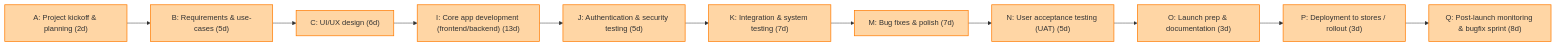
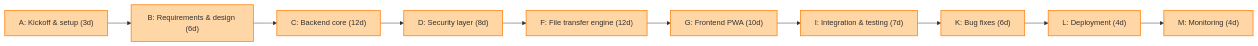
The first of 2 diagrams in Notes Factory/Semister 5/EDS/xp/EDS SLA 2.md (P7XCKD/NF), drawn with Mermaid before and after one commit. The commit also changed other lines of this file, not shown here.

````diff
--- a/Notes Factory/Semister 5/EDS/xp/EDS SLA 2.md
+++ b/Notes Factory/Semister 5/EDS/xp/EDS SLA 2.md
@@ -77,21 +48,18 @@
 ```mermaid
 flowchart LR
-  A["A: Project kickoff & planning (2d)"]
-  B["B: Requirements & use-cases (5d)"]
-  C["C: UI/UX design (6d)"]
-  I["I: Core app development (frontend/backend) (13d)"]
-  J["J: Authentication & security testing (5d)"]
-  K["K: Integration & system testing (7d)"]
-  M["M: Bug fixes & polish (7d)"]
-  N["N: User acceptance testing (UAT) (5d)"]
-  O["O: Launch prep & documentation (3d)"]
-  P["P: Deployment to stores / rollout (3d)"]
-  Q["Q: Post-launch monitoring & bugfix sprint (8d)"]
+  A["A: Kickoff & setup (3d)"]
+  B["B: Requirements & design (6d)"]
+  C["C: Backend core (12d)"]
+  D["D: Security layer (8d)"]
+  F["F: File transfer engine (12d)"]
+  G["G: Frontend PWA (10d)"]
+  I["I: Integration & testing (7d)"]
+  K["K: Bug fixes (6d)"]
+  L["L: Deployment (4d)"]
+  M["M: Monitoring (4d)"]
 
-  A --> B --> C --> I --> J --> K --> M --> N --> O --> P --> Q
+  A --> B --> C --> D --> F --> G --> I --> K --> L --> M
 
   classDef critical fill:#ffd6a5,stroke:#ff7b00,stroke-width:1.5;
-  class A,B,C,I,J,K,M,N,O,P,Q critical;
-
-
+  class A,B,C,D,F,G,I,K,L,M critical;
 ```
````
